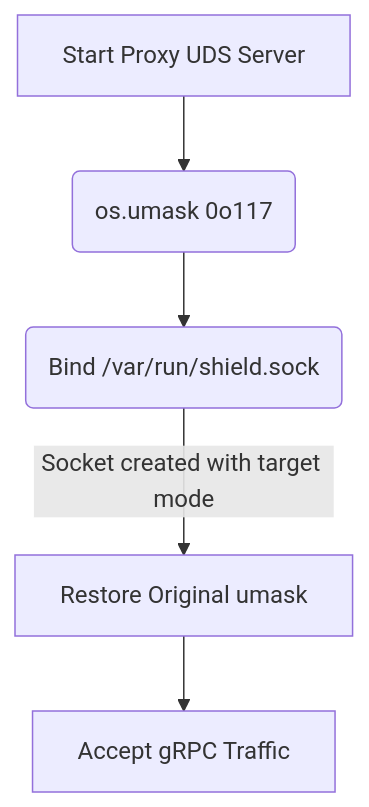
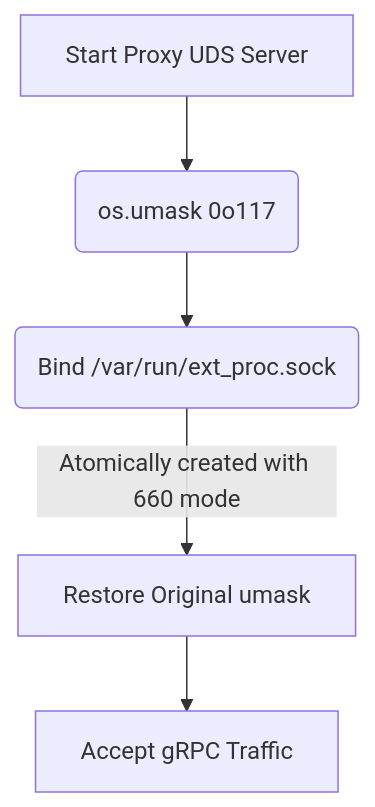
One commit to ninadphalak/LLM-Shield-Proxy changed the diagram in website/docs/features/secure-infrastructure-service-mesh/uds-socket-toctou-hardening.md. Above: the diagram before and after it, drawn with Mermaid. The commit also changed other lines of this file and 94 other files, not shown here.

````diff
--- a/website/docs/features/secure-infrastructure-service-mesh/uds-socket-toctou-hardening.md
+++ b/website/docs/features/secure-infrastructure-service-mesh/uds-socket-toctou-hardening.md
@@ -20,7 +15,7 @@
 ```mermaid
 flowchart TD
     A[Start Proxy UDS Server] --> B(os.umask 0o117)
-    B --> C(Bind /var/run/shield.sock)
-    C -->|Socket created with target mode| D[Restore Original umask]
+    B --> C(Bind /var/run/ext_proc.sock)
+    C -->|Atomically created with 660 mode| D[Restore Original umask]
     D --> E[Accept gRPC Traffic]
 ```
````
